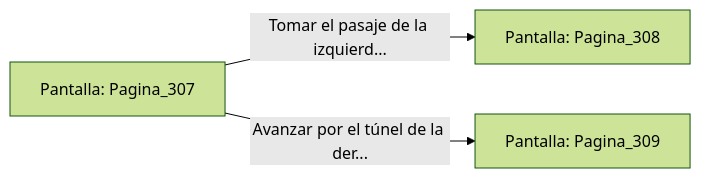
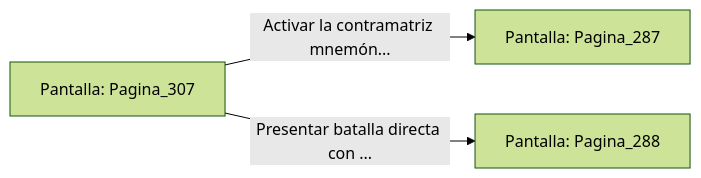
One commit to metsuke/mpl changed the diagram in sample/eligejuego-vault/Pantalla_Pagina_307.md. Above: the diagram before and after it, drawn with Mermaid (forest theme). The commit also changed other lines of this file and 635 other files, not shown here.

First line of the commit message:
fix: añadir Pagina_1 como pantalla inicial en capitulo_01.mpl

````diff
--- a/sample/eligejuego-vault/Pantalla_Pagina_307.md
+++ b/sample/eligejuego-vault/Pantalla_Pagina_307.md
@@ -20,6 +24,6 @@
 ```mermaid
 graph LR
     P_Pagina_307["Pantalla: Pagina_307"]
-    P_Pagina_307 -->|"Tomar el pasaje de la izquierd..."| P_Pagina_308["Pantalla: Pagina_308"]
-    P_Pagina_307 -->|"Avanzar por el túnel de la der..."| P_Pagina_309["Pantalla: Pagina_309"]
+    P_Pagina_307 -->|"Activar la contramatriz mnemón..."| P_Pagina_287["Pantalla: Pagina_287"]
+    P_Pagina_307 -->|"Presentar batalla directa con ..."| P_Pagina_288["Pantalla: Pagina_288"]
 ```
````
